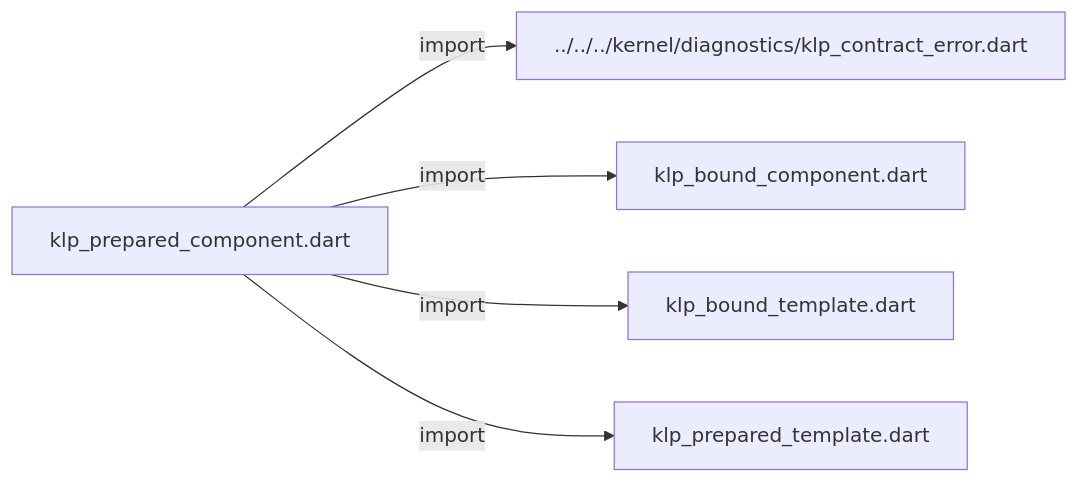
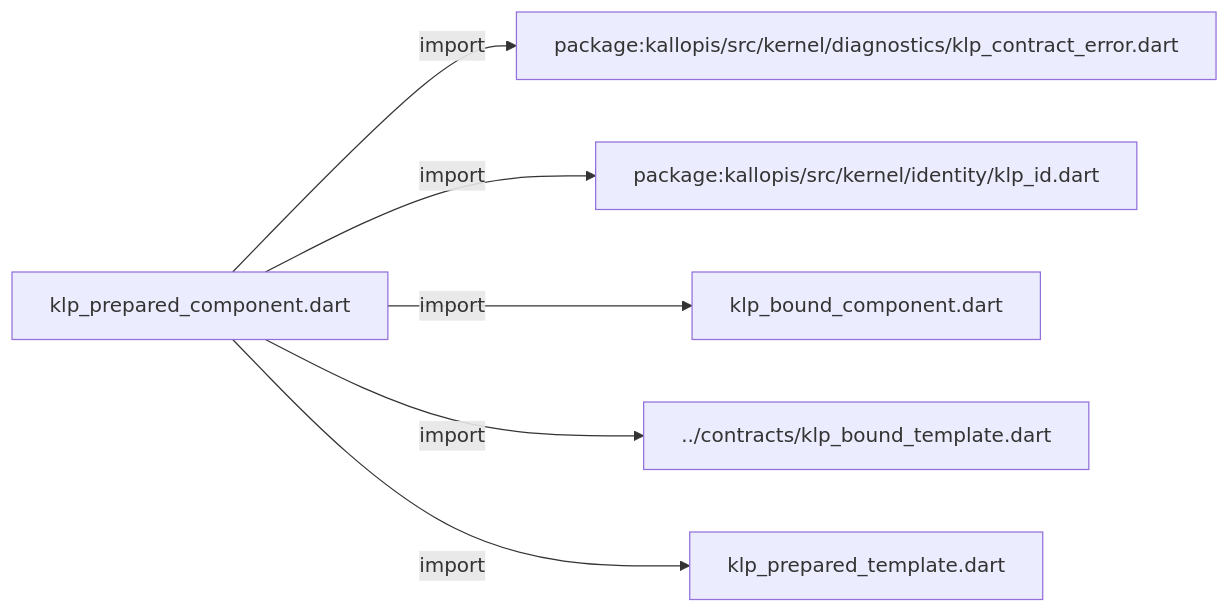
The first of 2 diagrams in docs/architecture/src/foundation/binding/internal/klp_prepared_component.md (MiuDog/Kallopis), drawn with Mermaid before and after one commit. The commit also changed other lines of this file and 9688 other files, not shown here.

Commit message:
Prepare isolated Flow F2 peer baseline

````diff
--- a/docs/architecture/src/foundation/binding/internal/klp_prepared_component.md
+++ b/docs/architecture/src/foundation/binding/internal/klp_prepared_component.md
@@ -11,12 +11,14 @@
 ```mermaid
 flowchart LR
 	n0["klp_prepared_component.dart"]
-	n1["../../../kernel/diagnostics/klp_contract_error.dart"]
-	n2["klp_bound_component.dart"]
-	n3["klp_bound_template.dart"]
-	n4["klp_prepared_template.dart"]
+	n1["package:kallopis/src/kernel/diagnostics/klp_contract_error.dart"]
+	n2["package:kallopis/src/kernel/identity/klp_id.dart"]
+	n3["klp_bound_component.dart"]
+	n4["../contracts/klp_bound_template.dart"]
+	n5["klp_prepared_template.dart"]
 	n0 -->|"import"| n1
 	n0 -->|"import"| n2
 	n0 -->|"import"| n3
 	n0 -->|"import"| n4
+	n0 -->|"import"| n5
 ```
````
